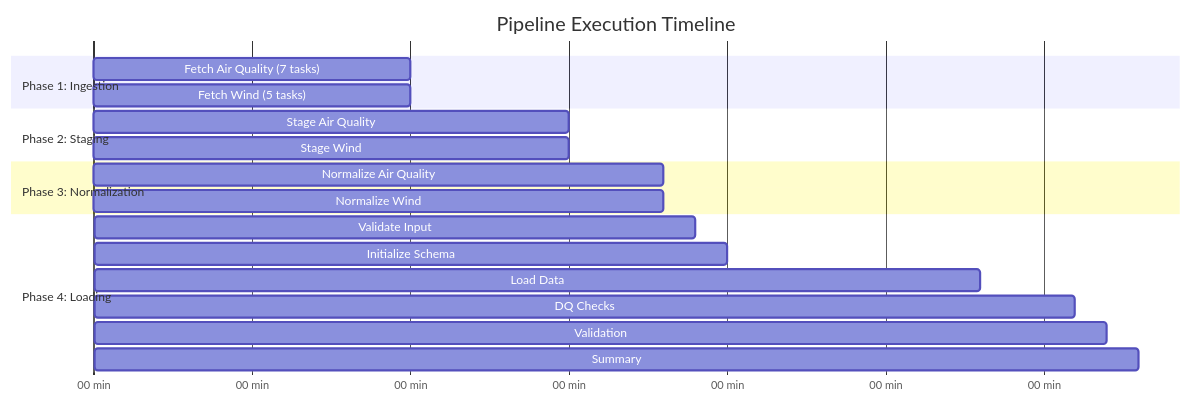
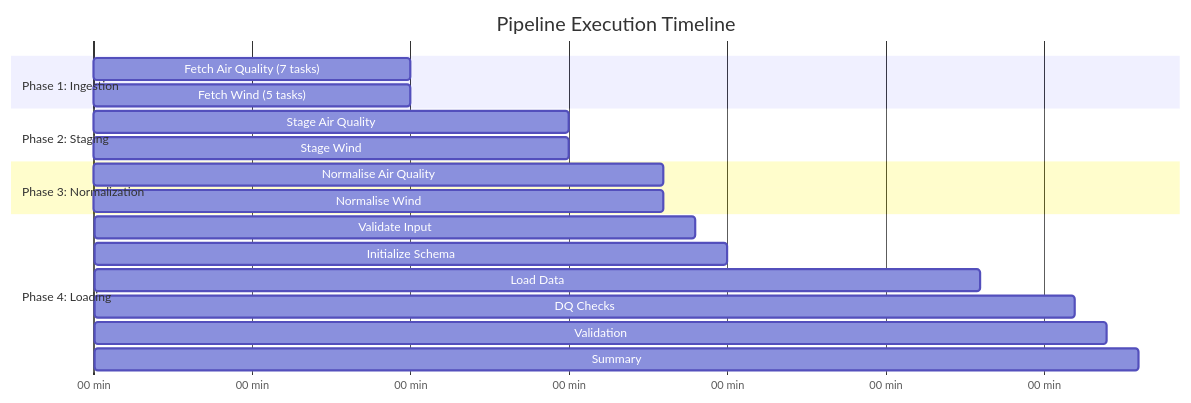
Before and after one commit to WazirRohiman/cct-sensors-batch-pipeline: the sixth of 10 diagrams in docs/PIPELINE_VISUAL_GUIDE.md, drawn with Mermaid. The commit also changed other lines of this file and 8 other files, not shown here.

````diff
--- a/docs/PIPELINE_VISUAL_GUIDE.md
+++ b/docs/PIPELINE_VISUAL_GUIDE.md
@@ -181,26 +181,26 @@
 ```mermaid
 gantt
     title Pipeline Execution Timeline
     dateFormat X
     axisFormat %M min
 
     section Phase 1: Ingestion
     Fetch Air Quality (7 tasks) :0, 10
     Fetch Wind (5 tasks) :0, 10
 
     section Phase 2: Staging
     Stage Air Quality :10, 15
     Stage Wind :10, 15
 
     section Phase 3: Normalization
-    Normalize Air Quality :15, 18
-    Normalize Wind :15, 18
+    Normalise Air Quality :15, 18
+    Normalise Wind :15, 18
 
     section Phase 4: Loading
     Validate Input :18, 19
     Initialize Schema :19, 20
     Load Data :20, 28
     DQ Checks :28, 31
     Validation :31, 32
     Summary :32, 33
 ```
````
